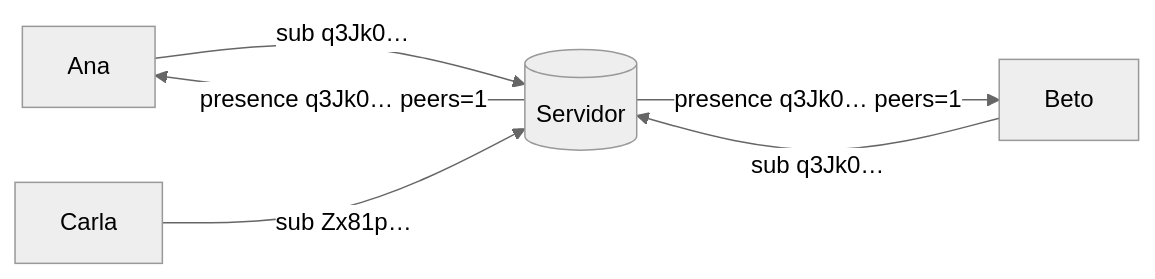
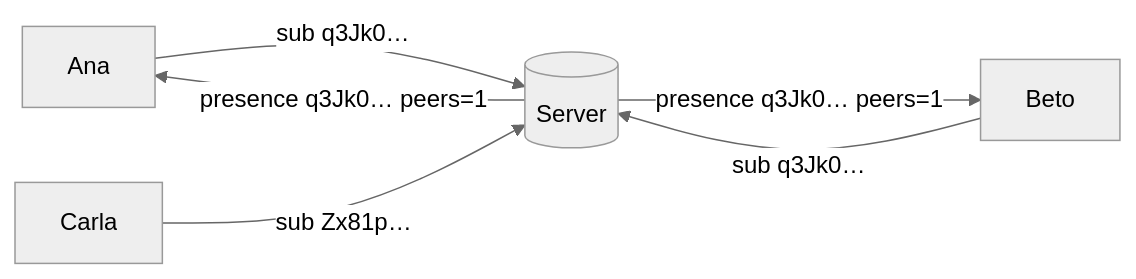
One commit to fsoftt/Murmur changed the diagram in website/concepts/rendezvous.md. Above: the diagram before and after it, drawn with Mermaid (neutral theme). The commit also changed other lines of this file and 51 other files, not shown here.

````diff
--- a/website/concepts/rendezvous.md
+++ b/website/concepts/rendezvous.md
@@ -24,8 +24,8 @@
 ```mermaid
 flowchart LR
-    A[Ana] -- "sub q3Jk0…" --> S[(Servidor)]
+    A[Ana] -- "sub q3Jk0…" --> S[(Server)]
     B[Beto] -- "sub q3Jk0…" --> S
     C[Carla] -- "sub Zx81p…" --> S
     S -- "presence q3Jk0… peers=1" --> A
     S -- "presence q3Jk0… peers=1" --> B
 ```
````
